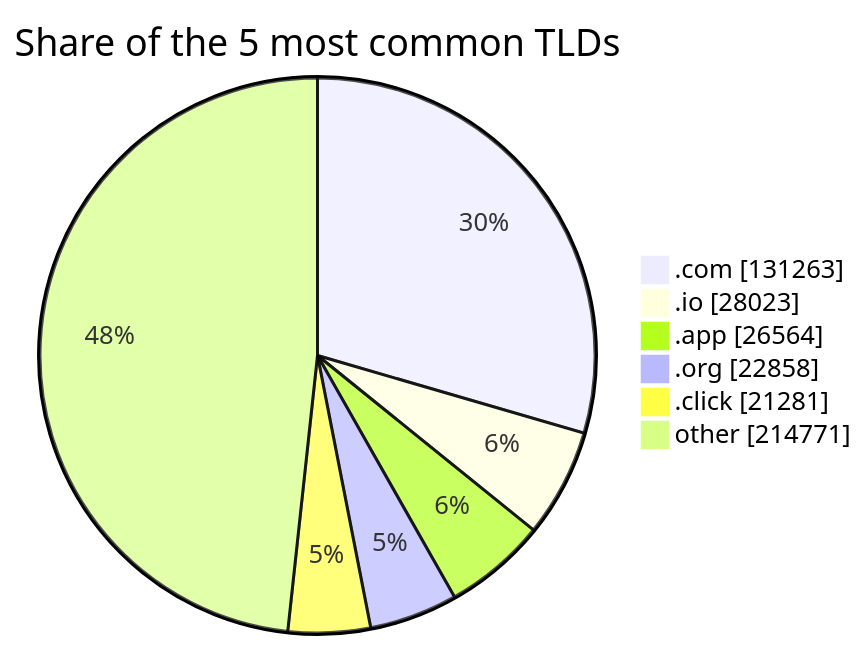
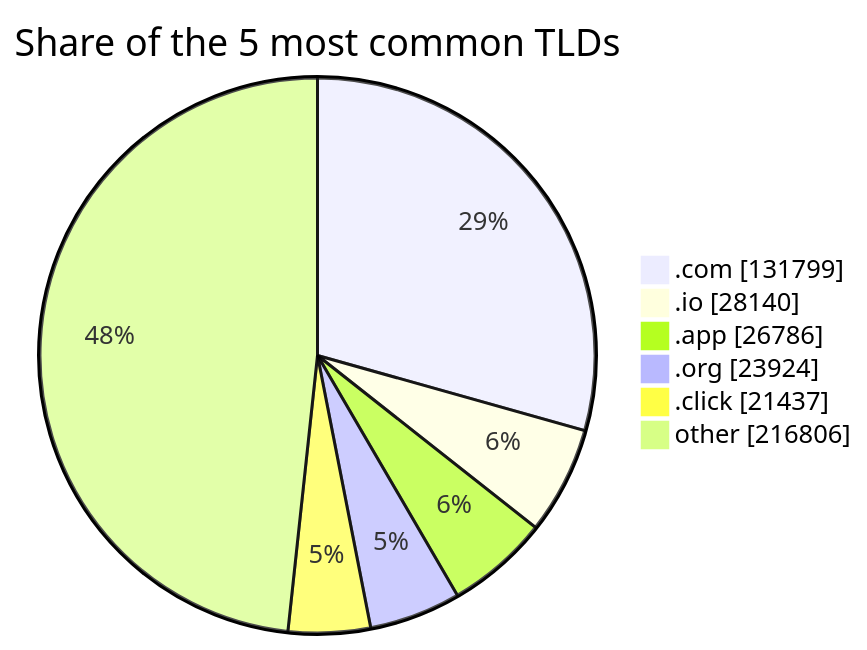
One commit to DNSBunker/CTI changed the third of 3 diagrams in README.md. Above: the diagram before and after it, drawn with Mermaid. The commit also changed other lines of this file and 3 other files, not shown here.

````diff
--- a/README.md
+++ b/README.md
@@ -81,9 +81,9 @@
 ```mermaid
 pie showData title Share of the 5 most common TLDs
-    ".com" : 131263
-    ".io" : 28023
-    ".app" : 26564
-    ".org" : 22858
-    ".click" : 21281
-    "other" : 214771
+    ".com" : 131799
+    ".io" : 28140
+    ".app" : 26786
+    ".org" : 23924
+    ".click" : 21437
+    "other" : 216806
 ```
````
